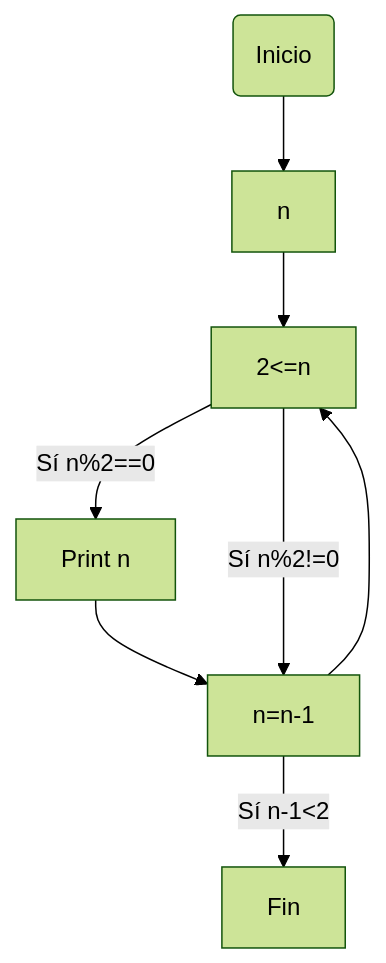
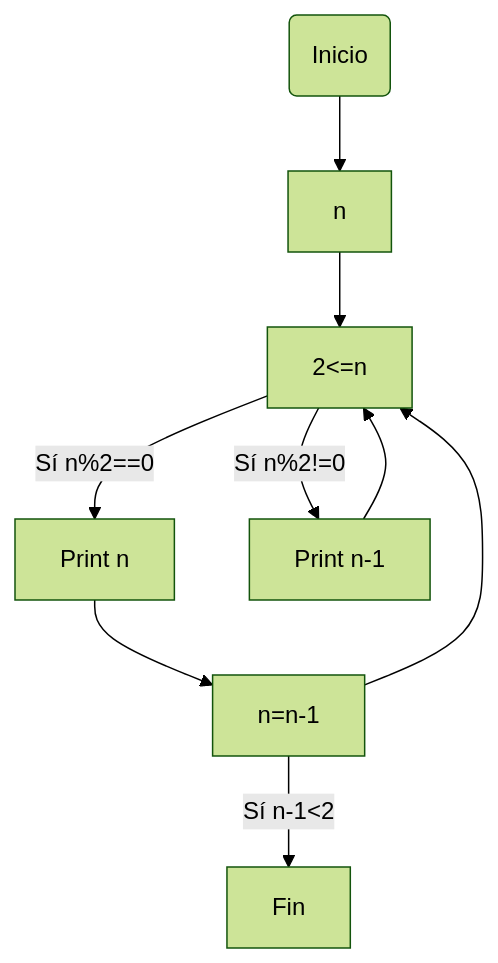
The fourth of 4 diagrams in README.md (Matrodri18/Reto-6), drawn with Mermaid (forest theme) before and after one commit.

````diff
--- a/README.md
+++ b/README.md
@@ -38,10 +38,11 @@
 ```mermaid
 flowchart TD
     A(Inicio) --> B[n]
     B --> C[2<=n]
     C --> |Sí n%2==0|D["Print n"]
     D --> E["n=n-1"]
     E --> C
-    C--> |Sí n%2!=0|E
+    C --> |Sí n%2!=0|G["Print n-1"]
+    G --> C
     E -->|Sí n-1<2|F[Fin]
 ```
````
